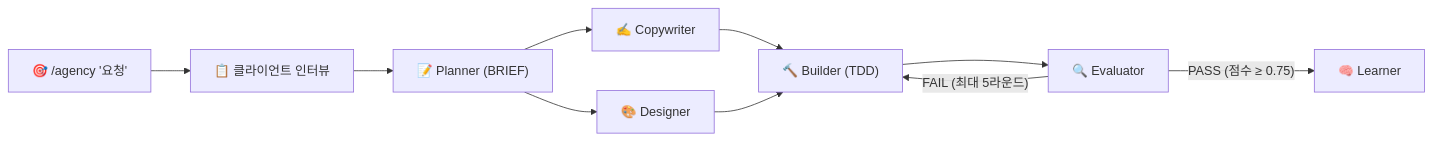
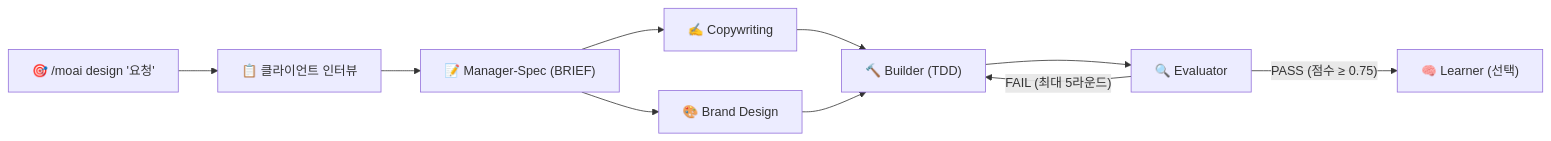
One commit to modu-ai/moai-adk changed the eighth of 10 diagrams in README.ko.md. Above: the diagram before and after it, drawn with Mermaid. The commit also changed other lines of this file and 2 other files, not shown here.

First line of the commit message:
docs: migrate README ko/ja/zh from /agency to /moai design

````diff
--- a/README.ko.md
+++ b/README.ko.md
@@ -959,12 +959,12 @@
 ```mermaid
 flowchart LR
-    REQ["🎯 /agency '요청'"] --> INT["📋 클라이언트 인터뷰"]
-    INT --> P["📝 Planner (BRIEF)"]
-    P --> C["✍️ Copywriter"]
-    P --> D["🎨 Designer"]
+    REQ["🎯 /moai design '요청'"] --> INT["📋 클라이언트 인터뷰"]
+    INT --> P["📝 Manager-Spec (BRIEF)"]
+    P --> C["✍️ Copywriting"]
+    P --> D["🎨 Brand Design"]
     C --> B["🔨 Builder (TDD)"]
     D --> B
     B --> E["🔍 Evaluator"]
     E -->|"FAIL (최대 5라운드)"| B
-    E -->|"PASS (점수 ≥ 0.75)"| L["🧠 Learner"]
+    E -->|"PASS (점수 ≥ 0.75)"| L["🧠 Learner (선택)"]
 ```
````
